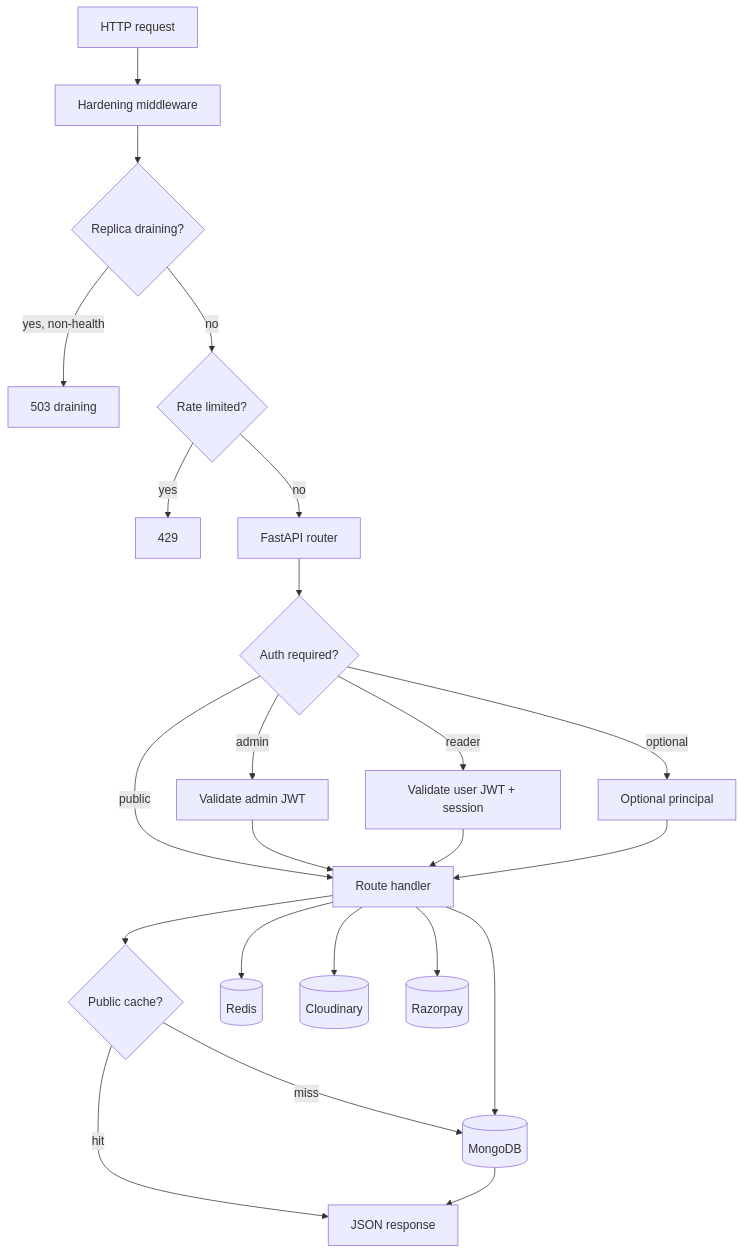
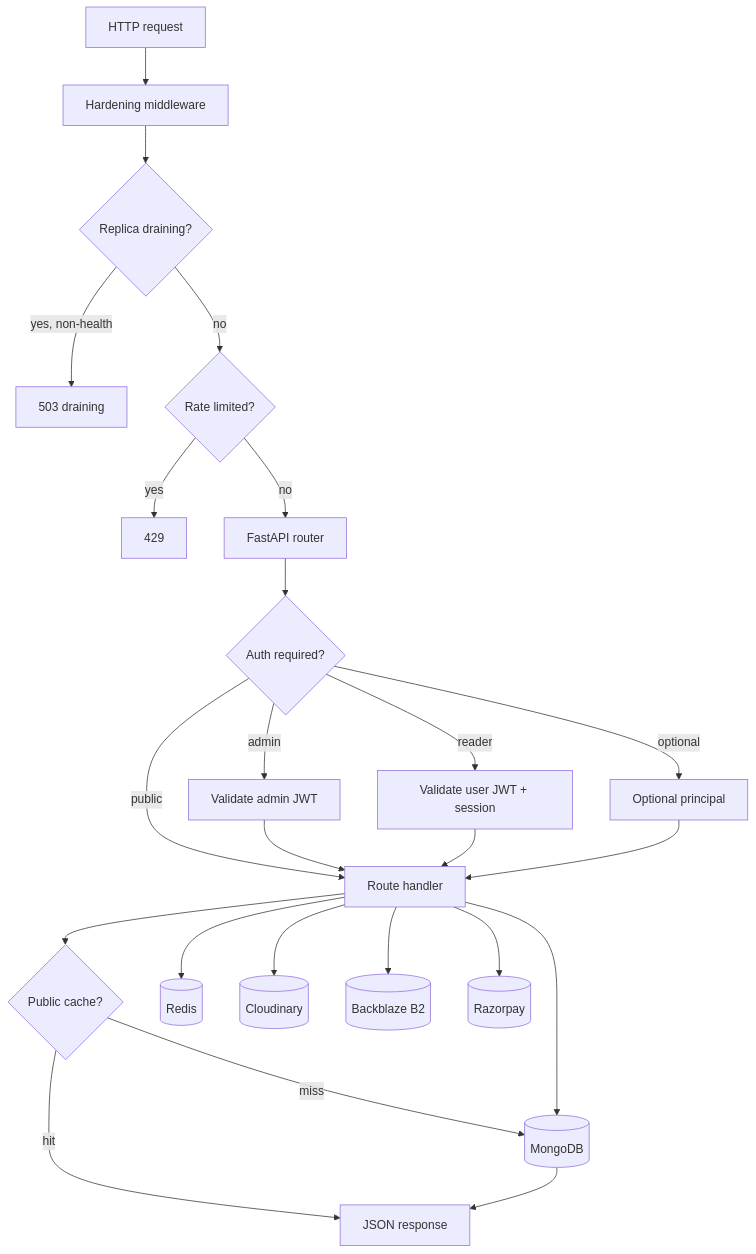
The fifth of 22 diagrams in README.md (ronik18/earnalism-digital-library), drawn with Mermaid before and after one commit. The commit also changed other lines of this file and 39 other files, not shown here.

````diff
--- a/README.md
+++ b/README.md
@@ -265,25 +301,26 @@
 ```mermaid
 flowchart TD
   Request[HTTP request] --> Middleware[Hardening middleware]
   Middleware --> Draining{Replica draining?}
   Draining -->|yes, non-health| Drain503[503 draining]
   Draining -->|no| RateLimit{Rate limited?}
   RateLimit -->|yes| Rate429[429]
   RateLimit -->|no| Router[FastAPI router]
   Router --> Auth{Auth required?}
   Auth -->|admin| AdminJWT[Validate admin JWT]
   Auth -->|reader| UserJWT[Validate user JWT + session]
   Auth -->|optional| Optional[Optional principal]
   Auth -->|public| Handler[Route handler]
   AdminJWT --> Handler
   UserJWT --> Handler
   Optional --> Handler
   Handler --> Cache{Public cache?}
   Cache -->|hit| Response[JSON response]
   Cache -->|miss| Mongo[(MongoDB)]
   Handler --> Mongo
   Handler --> Redis[(Redis)]
   Handler --> Cloudinary[(Cloudinary)]
+  Handler --> B2[(Backblaze B2)]
   Handler --> Razorpay[(Razorpay)]
   Mongo --> Response
 ```
````
